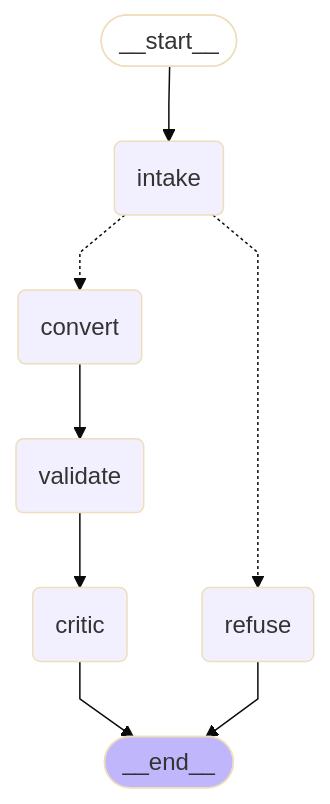
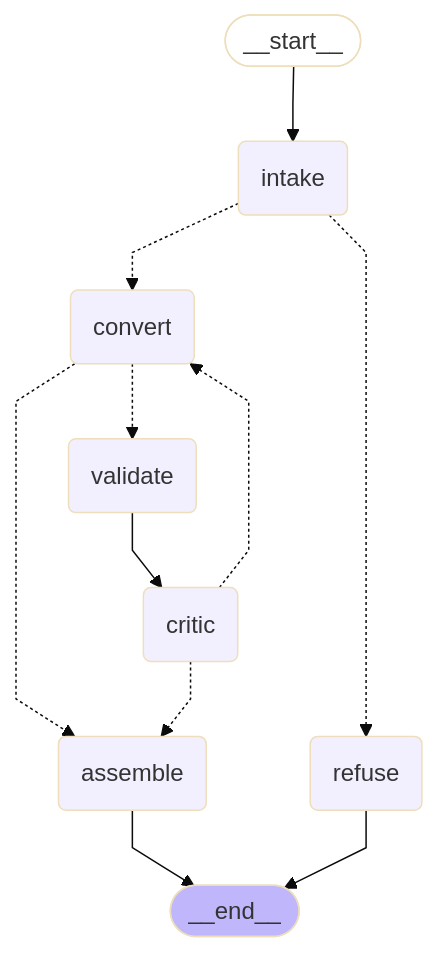
The diagram in README.md (varunbhatt2193/selenium2playwright), drawn with Mermaid (base theme) before and after one commit. The commit also changed other lines of this file and 10 other files, not shown here.

````diff
--- a/README.md
+++ b/README.md
@@ -18,25 +18,29 @@
 ```mermaid
 ---
 config:
   flowchart:
     curve: linear
 ---
 graph TD;
 	__start__([<p>__start__</p>]):::first
 	intake(intake)
 	convert(convert)
 	refuse(refuse)
 	validate(validate)
 	critic(critic)
+	assemble(assemble)
 	__end__([<p>__end__</p>]):::last
 	__start__ --> intake;
-	convert --> validate;
+	convert -.-> assemble;
+	convert -.-> validate;
+	critic -.-> assemble;
+	critic -.-> convert;
 	intake -.-> convert;
 	intake -.-> refuse;
 	validate --> critic;
-	critic --> __end__;
+	assemble --> __end__;
 	refuse --> __end__;
 	classDef default fill:#f2f0ff,line-height:1.2
 	classDef first fill-opacity:0
 	classDef last fill:#bfb6fc
 ```
````
